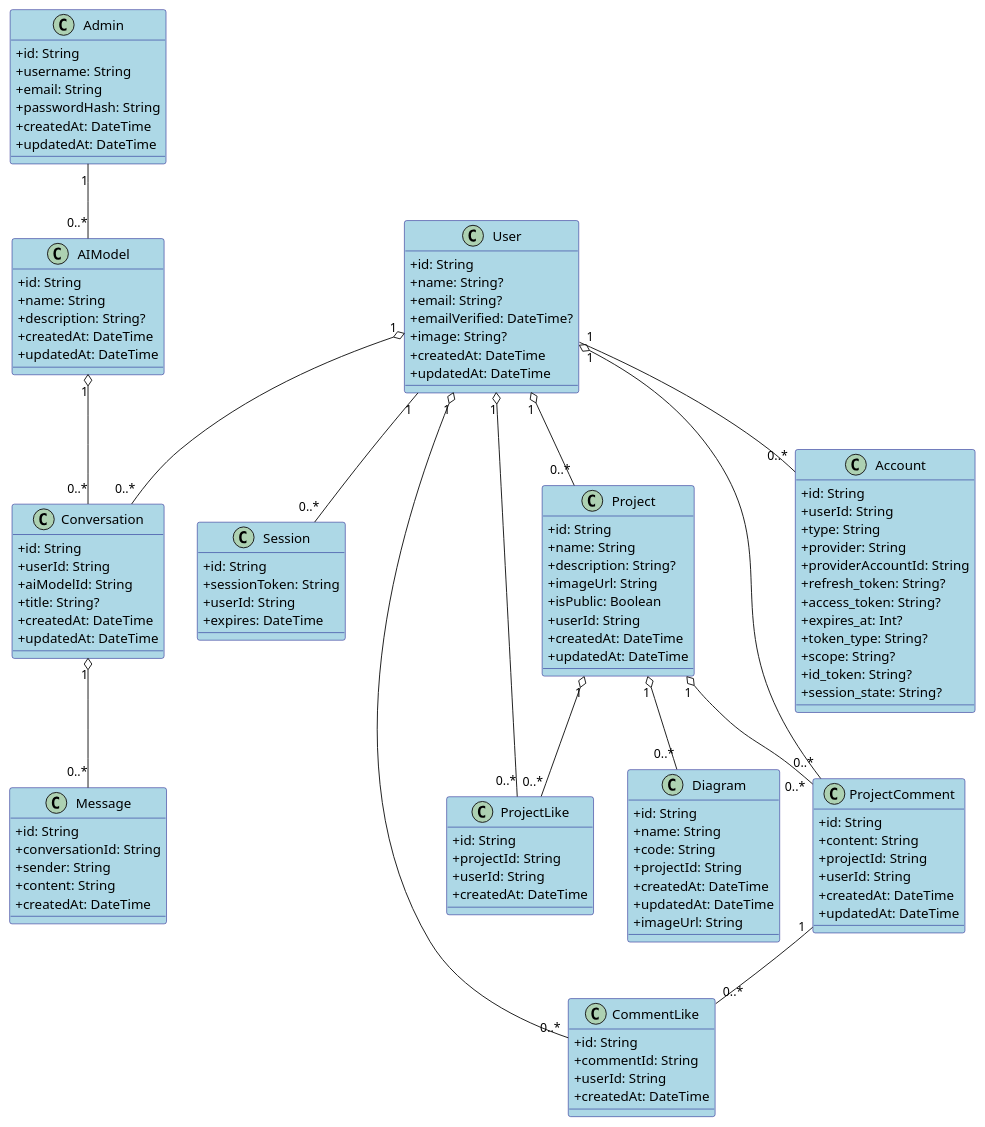
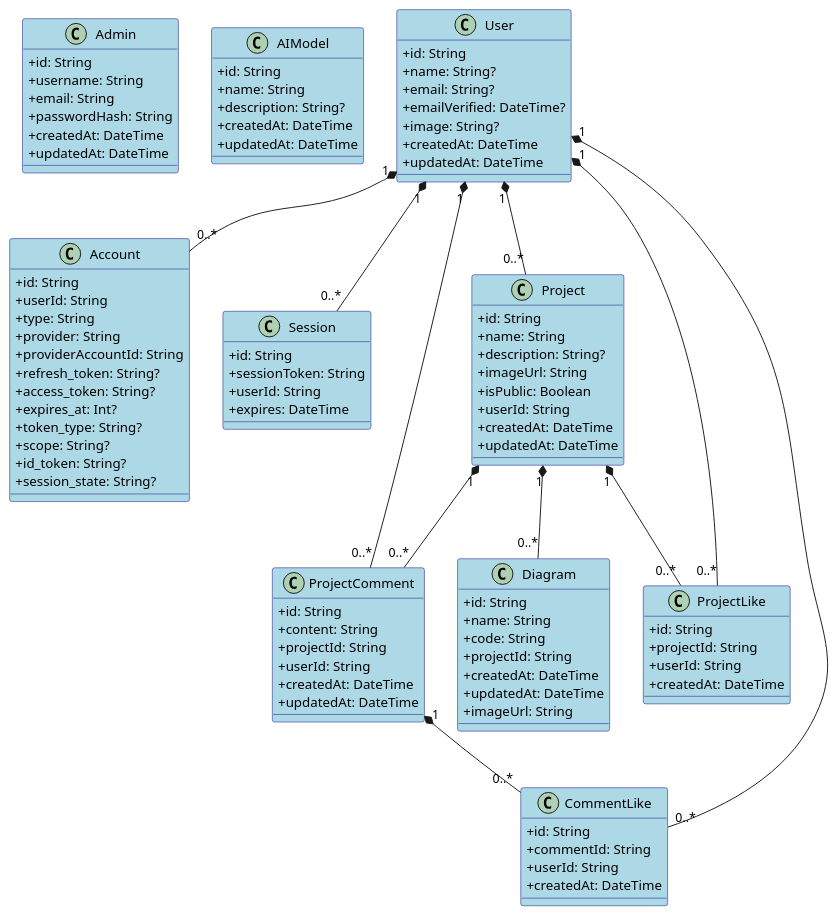
Before and after one commit to souhaib-askri/report_pfe: the diagram in diagrams/class/g2.puml, drawn with PlantUML. The commit also changed 21 other files, not shown here.

Commit message:
update class ,sequence and deployement diagram

```diff
--- a/diagrams/class/g2.puml
+++ b/diagrams/class/g2.puml
@@ -1,133 +1,121 @@
 @startuml
+
 skinparam classAttributeIconSize 0
 skinparam classBackgroundColor LightBlue
 skinparam classBorderColor Navy
 skinparam classFontColor Black
 skinparam classFontSize 14
 
 class Admin {
   + id: String
   + username: String
   + email: String
   + passwordHash: String
   + createdAt: DateTime
   + updatedAt: DateTime
 }
 
 class AIModel {
   + id: String
   + name: String
   + description: String?
   + createdAt: DateTime
   + updatedAt: DateTime
-}
-
-class Conversation {
-  + id: String
-  + userId: String
-  + aiModelId: String
-  + title: String?
-  + createdAt: DateTime
-  + updatedAt: DateTime
-}
-
-class Message {
-  + id: String
-  + conversationId: String
-  + sender: String
-  + content: String
-  + createdAt: DateTime
 }
 
 class Account {
   + id: String
   + userId: String
   + type: String
   + provider: String
   + providerAccountId: String
   + refresh_token: String?
   + access_token: String?
   + expires_at: Int?
   + token_type: String?
   + scope: String?
   + id_token: String?
   + session_state: String?
 }
 
 class Session {
   + id: String
   + sessionToken: String
   + userId: String
   + expires: DateTime
 }
 
 class User {
   + id: String
   + name: String?
   + email: String?
   + emailVerified: DateTime?
   + image: String?
   + createdAt: DateTime
   + updatedAt: DateTime
 }
 
 class Project {
   + id: String
   + name: String
   + description: String?
   + imageUrl: String
   + isPublic: Boolean
   + userId: String
   + createdAt: DateTime
   + updatedAt: DateTime
 }
 
 class Diagram {
   + id: String
   + name: String
   + code: String
   + projectId: String
   + createdAt: DateTime
   + updatedAt: DateTime
   + imageUrl: String
 }
 
 class ProjectComment {
   + id: String
   + content: String
   + projectId: String
   + userId: String
   + createdAt: DateTime
   + updatedAt: DateTime
 }
 
 class ProjectLike {
   + id: String
   + projectId: String
   + userId: String
   + createdAt: DateTime
 }
 
 class CommentLike {
   + id: String
   + commentId: String
   + userId: String
   + createdAt: DateTime
 }
 
 ' Relationships
-Admin "1" -- "0..*" AIModel
-AIModel "1" o-- "0..*" Conversation
-Conversation "1" o-- "0..*" Message
-User "1" -- "0..*" Account
-User "1" -- "0..*" Session
-User "1" o-- "0..*" Conversation
-User "1" o-- "0..*" Project
-User "1" o-- "0..*" ProjectComment
-User "1" o-- "0..*" ProjectLike
-User "1" o-- "0..*" CommentLike
-Project "1" o-- "0..*" Diagram
-Project "1" o-- "0..*" ProjectComment
-Project "1" o-- "0..*" ProjectLike
-ProjectComment "1" -- "0..*" CommentLike
+'Admin "1" -- "0..*" AIModel
+
+User "1" *-- "0..*" Account
+User "1" *-- "0..*" Session
+'User "1" *-- "0..*" Message
+User "1" *-- "0..*" Project
+User "1" *-- "0..*" ProjectComment
+User "1" *-- "0..*" ProjectLike
+User "1" *-- "0..*" CommentLike
+ProjectComment "1" *-- "0..*" CommentLike
+
+'AIModel "1" o-- "0..*" Message
+'Conversation "1" *-- "0..*" Message
+Project "1" *-- "0..*" Diagram
+Project "1" *-- "0..*" ProjectComment
+Project "1" *-- "0..*" ProjectLike
+'Diagram "1" *-- "1" Conversation
+
 @enduml
```
